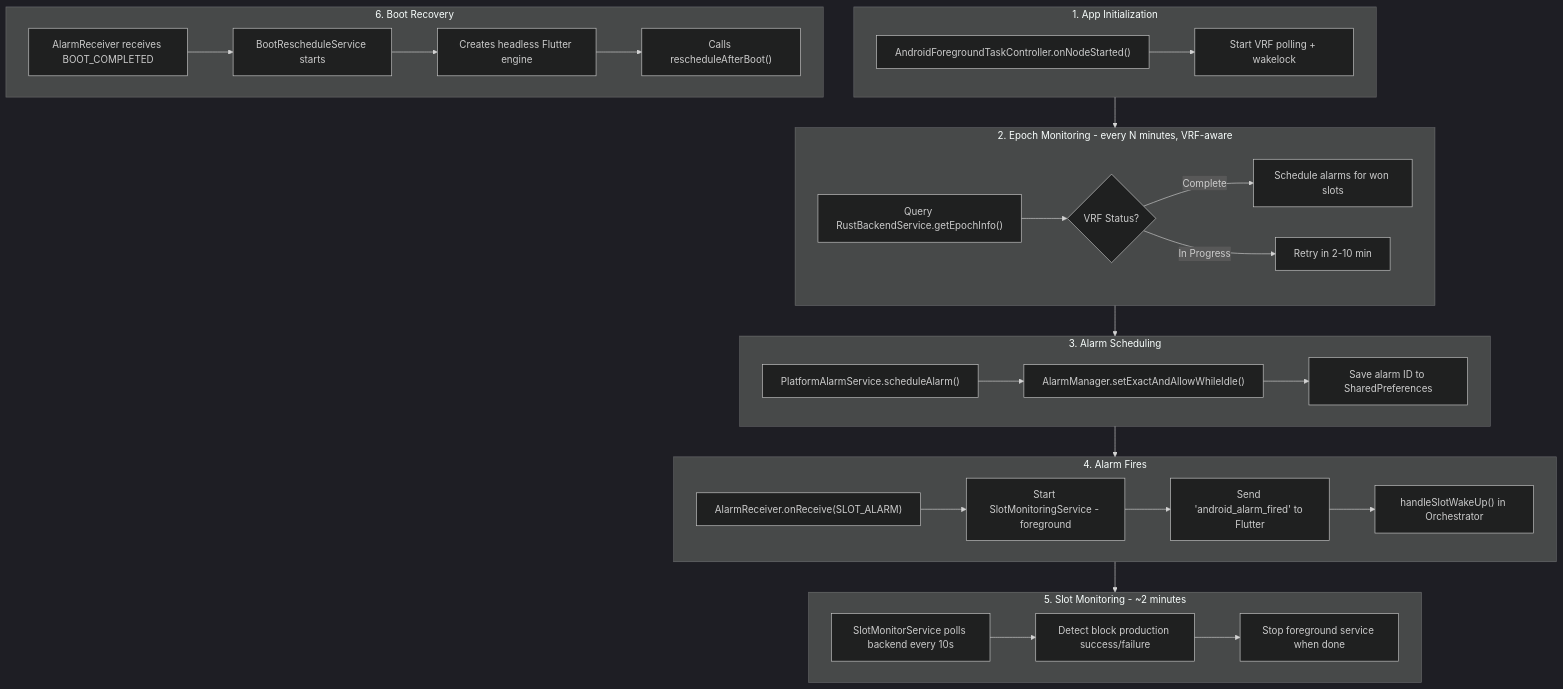
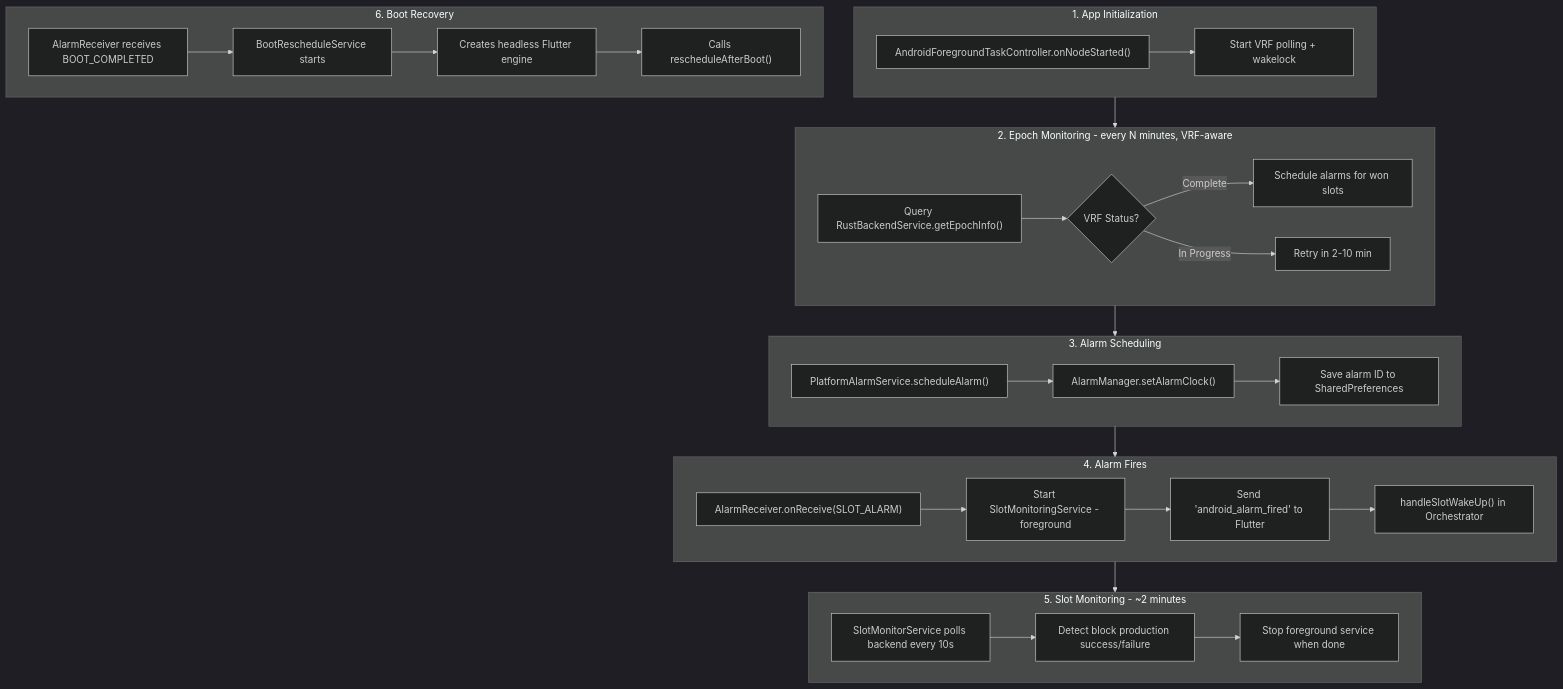
The second of 6 diagrams in docs/ANDROID_BACKGROUND_BLOCK_PRODUCTION_WORKFLOW.md (Usernode-Labs/flutter-mobile-app), drawn with Mermaid (dark theme) before and after one commit. The commit also changed other lines of this file and 7 other files, not shown here.

First line of the commit message:
Switch from USE_EXACT_ALARM to SET_ALARM_CLOCK API for Google Play compliance

````diff
--- a/docs/ANDROID_BACKGROUND_BLOCK_PRODUCTION_WORKFLOW.md
+++ b/docs/ANDROID_BACKGROUND_BLOCK_PRODUCTION_WORKFLOW.md
@@ -62,40 +62,40 @@
 ```mermaid
 flowchart TB
     subgraph Step1["1. App Initialization"]
         A1["AndroidForegroundTaskController.onNodeStarted()"] --> A2["Start VRF polling + wakelock"]
     end
 
     subgraph Step2["2. Epoch Monitoring - every N minutes, VRF-aware"]
         B1["Query RustBackendService.getEpochInfo()"]
         B1 --> B2{"VRF Status?"}
         B2 -->|Complete| B3["Schedule alarms for won slots"]
         B2 -->|In Progress| B4["Retry in 2-10 min"]
     end
 
     subgraph Step3["3. Alarm Scheduling"]
-        C1["PlatformAlarmService.scheduleAlarm()"] --> C2["AlarmManager.setExactAndAllowWhileIdle()"]
+        C1["PlatformAlarmService.scheduleAlarm()"] --> C2["AlarmManager.setAlarmClock()"]
         C2 --> C3["Save alarm ID to SharedPreferences"]
     end
 
     subgraph Step4["4. Alarm Fires"]
         D1["AlarmReceiver.onReceive(SLOT_ALARM)"] --> D2["Start SlotMonitoringService - foreground"]
         D2 --> D3["Send 'android_alarm_fired' to Flutter"]
         D3 --> D4["handleSlotWakeUp() in Orchestrator"]
     end
 
     subgraph Step5["5. Slot Monitoring - ~2 minutes"]
         E1["SlotMonitorService polls backend every 10s"] --> E2["Detect block production success/failure"]
         E2 --> E3["Stop foreground service when done"]
     end
 
     subgraph Step6["6. Boot Recovery"]
         F1["AlarmReceiver receives BOOT_COMPLETED"] --> F2["BootRescheduleService starts"]
         F2 --> F3["Creates headless Flutter engine"]
         F3 --> F4["Calls rescheduleAfterBoot()"]
     end
 
     Step1 --> Step2
     Step2 --> Step3
     Step3 --> Step4
     Step4 --> Step5
 ```
````
